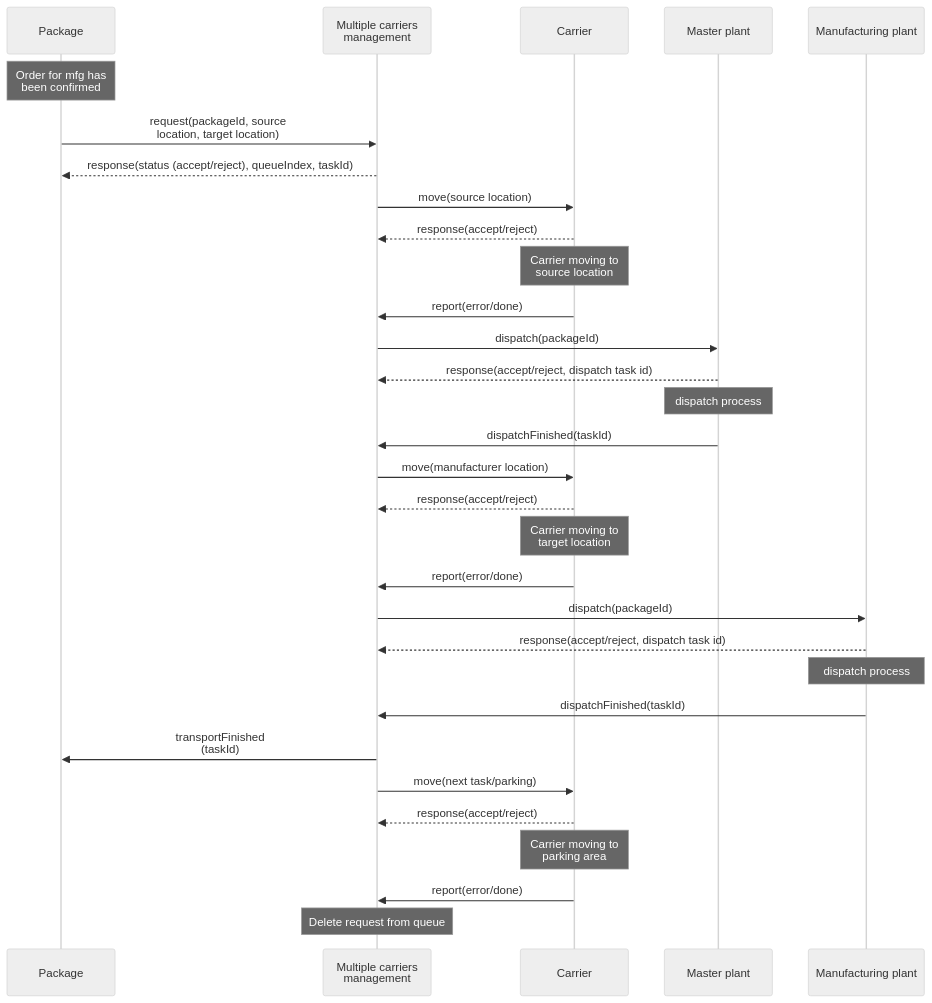
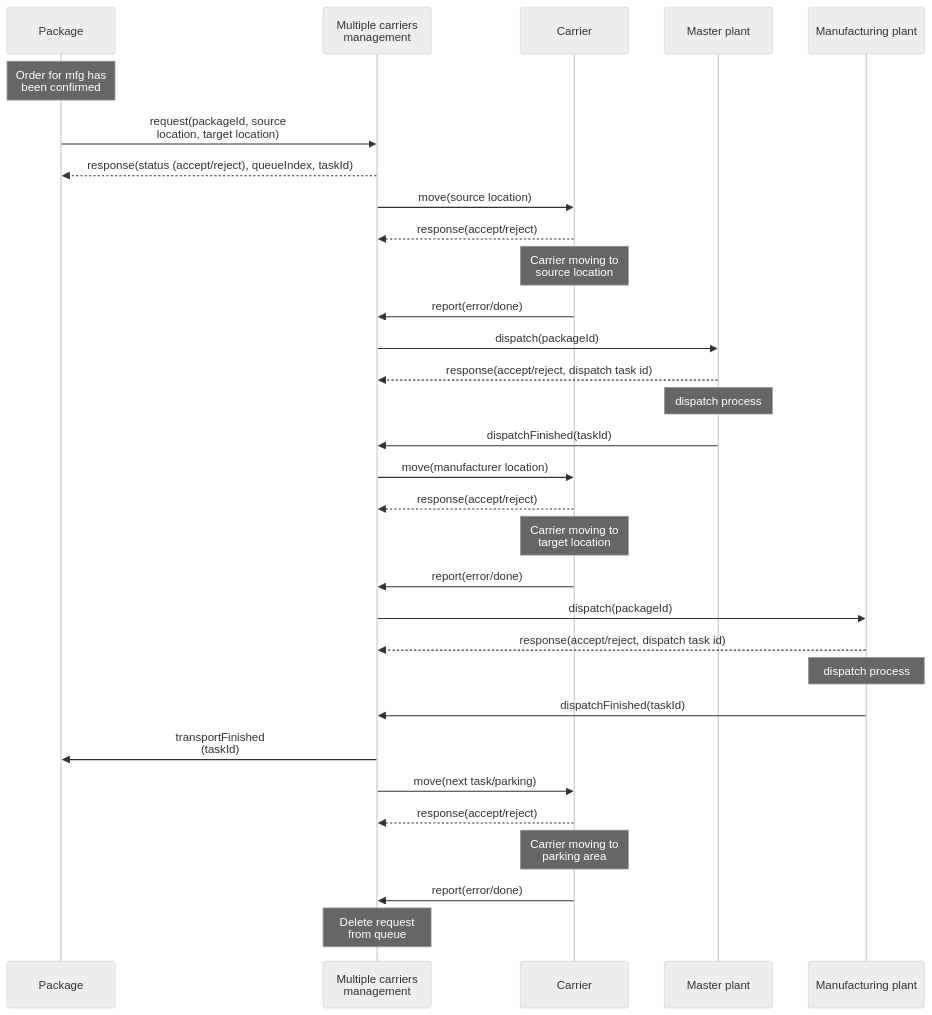
Before and after one commit to fsprojekti/shr-mfg-platform: the second of 2 diagrams in README.md, drawn with Mermaid (neutral theme). The commit also changed other lines of this file, not shown here.

````diff
--- a/README.md
+++ b/README.md
@@ -56,39 +58,39 @@
 ```mermaid
 
 sequenceDiagram
 participant P as Package
 Note over P: Order for mfg has<br> been confirmed
 participant MC as Multiple carriers <br>management
 participant C as Carrier
 participant M as Master plant 
 participant MFG as Manufacturing plant 
 
 P->>MC: request(packageId, source <br>location, target location)
 MC-->>P: response(status (accept/reject), queueIndex, taskId)
 MC->>C: move(source location)
 C-->>MC: response(accept/reject)
 Note over C: Carrier moving to <br>source location
 C->>MC: report(error/done)
 MC->>M: dispatch(packageId)
 M-->>MC: response(accept/reject, dispatch task id)
 Note over M: dispatch process
 M->>MC: dispatchFinished(taskId)
 
 MC->>C: move(manufacturer location)
 C-->>MC: response(accept/reject)
 Note over C: Carrier moving to <br>target location
 C->>MC: report(error/done)
 MC->>MFG: dispatch(packageId)
 MFG-->>MC: response(accept/reject, dispatch task id)
 Note over MFG: dispatch process
 MFG->>MC: dispatchFinished(taskId)
 MC->>P: transportFinished <br>(taskId)
 
 MC->>C: move(next task/parking)
 C-->>MC: response(accept/reject)
 Note over C: Carrier moving to <br>parking area
 C->>MC: report(error/done)
-Note over MC: Delete request from queue
+Note over MC: Delete request<br>from queue
 
 
 ```
````
